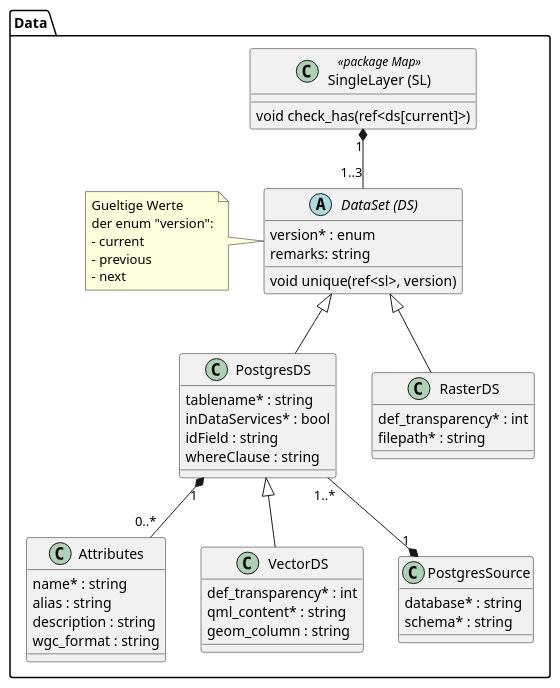
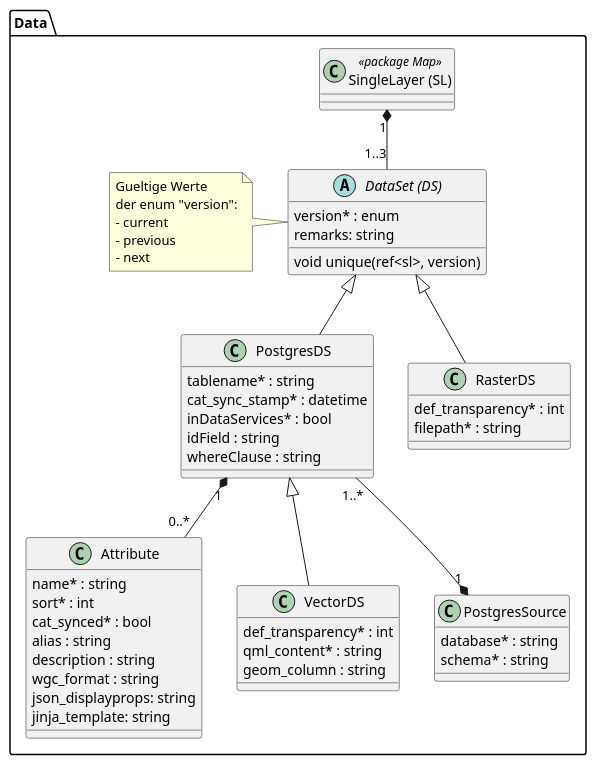
Before and after one commit to simi-so/mm: the diagram in puml/src/simi_data.puml, drawn with PlantUML. The commit also changed 9 other files, not shown here.

```diff
--- a/puml/src/simi_data.puml
+++ b/puml/src/simi_data.puml
@@ -1,63 +1,67 @@
 @startuml
 
 package Data {
 
   class "SingleLayer (SL)" as sl << package Map >> {
-    void check_has(ref<ds[current]>)
   }
 
   abstract class "DataSet (DS)" as ds {
     version* : enum
     remarks: string
     void unique(ref<sl>, version)
   }
 
   note left
     Gueltige Werte
     der enum "version":
     - current
     - previous
     - next
   end note
   
   class "PostgresDS" as pds {
     tablename* : string
+    cat_sync_stamp* : datetime
     inDataServices* : bool
     idField : string
     whereClause : string
   }
   
-  class "Attributes" as attr {
+  class "Attribute" as attr {
     name* : string
+    sort* : int
+    cat_synced* : bool
     alias : string
     description : string
     wgc_format : string
+    json_displayprops: string
+    jinja_template: string
   }
   
   class "VectorDS" as vds {
     def_transparency* : int
     qml_content* : string
     geom_column : string
   }
   
   class "RasterDS" as rds {
     def_transparency* : int
     filepath* : string
   }
   
   class "PostgresSource" as pgsrc {
     database* : string
     schema* : string
   }
   
   ds <|-- rds
   ds <|-- pds
   pds <|-- vds
 
   sl "1" *-- "1..3" ds
   
   pds "1..*" --* "1" pgsrc
   pds "1" *-- "0..*" attr
 }
 
 @enduml
```
